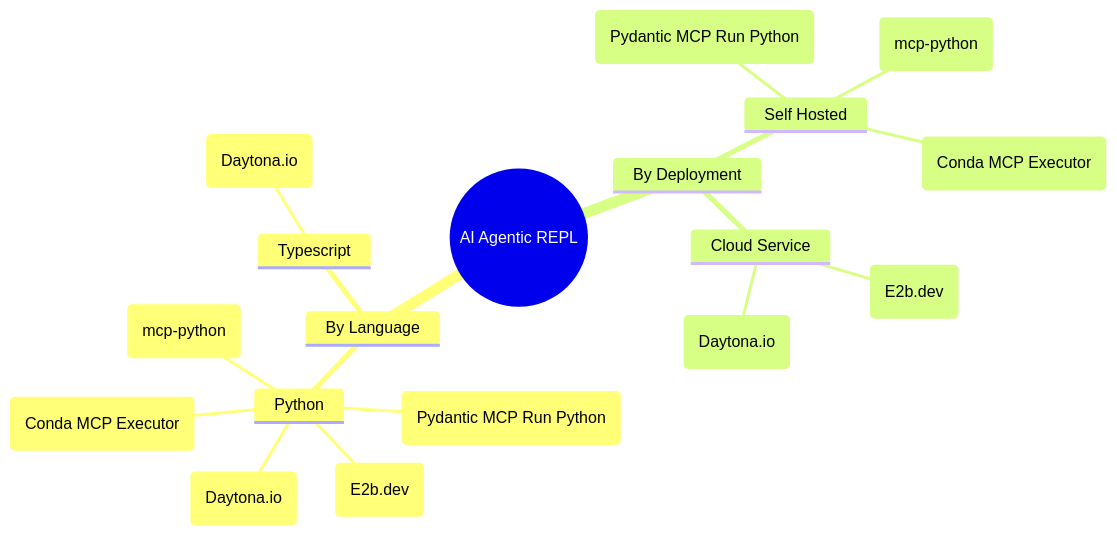
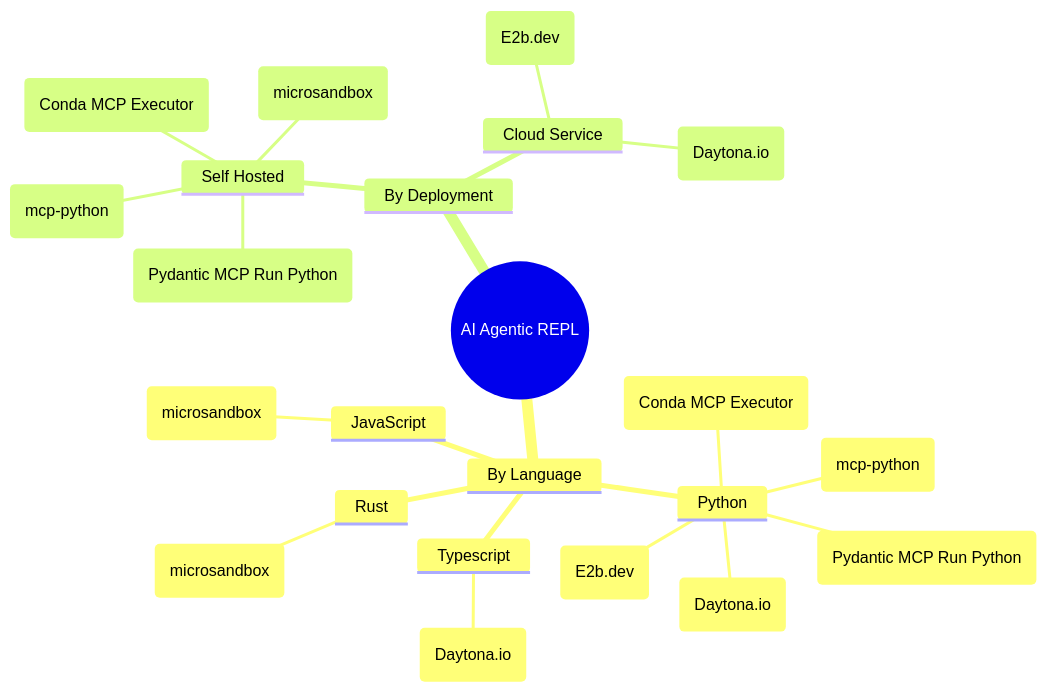
One commit to semaverse/agentic-codesandboxes changed the diagram in README.md. Above: the diagram before and after it, drawn with Mermaid. The commit also changed other lines of this file, not shown here.

Commit message:
add (microsandbox)

````diff
--- a/README.md
+++ b/README.md
@@ -5,22 +5,28 @@
 ```mermaid
 mindmap
   root((AI Agentic REPL))
     By Language
       Python
         ("Pydantic MCP Run Python")
         (E2b.dev)
         (Daytona.io)
         (mcp-python)
         (Conda MCP Executor)
       Typescript
         (Daytona.io)
+      JavaScript
+        (microsandbox)
+      Rust
+        (microsandbox)
+    
           
     By Deployment
       Self Hosted
          ("Pydantic MCP Run Python")
          (mcp-python)
          (Conda MCP Executor)
+         (microsandbox)
       Cloud Service
          (E2b.dev)
          (Daytona.io)
 ```
````
